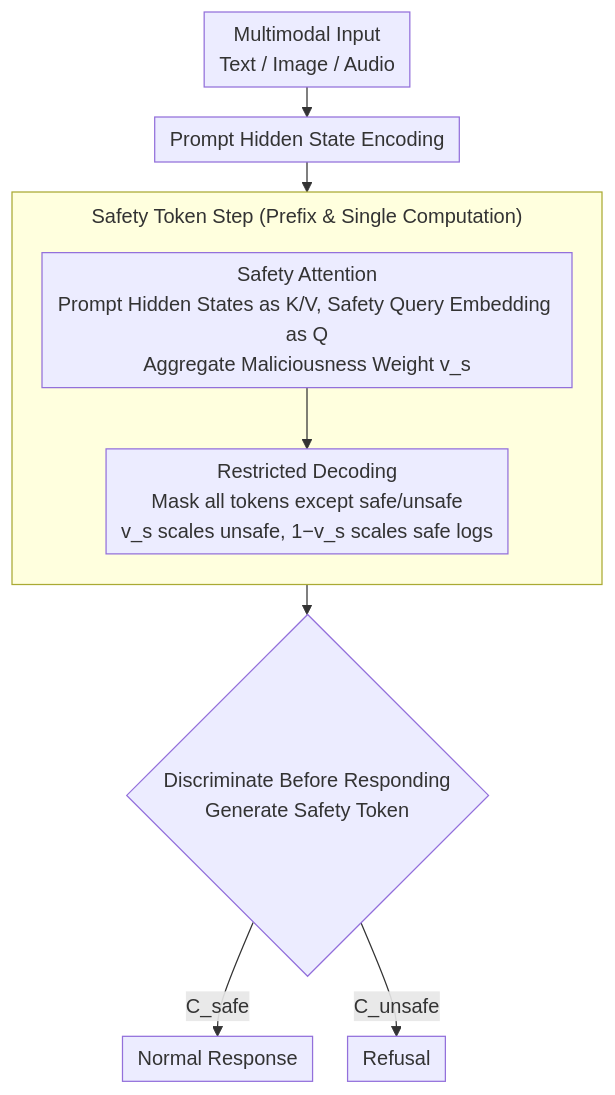
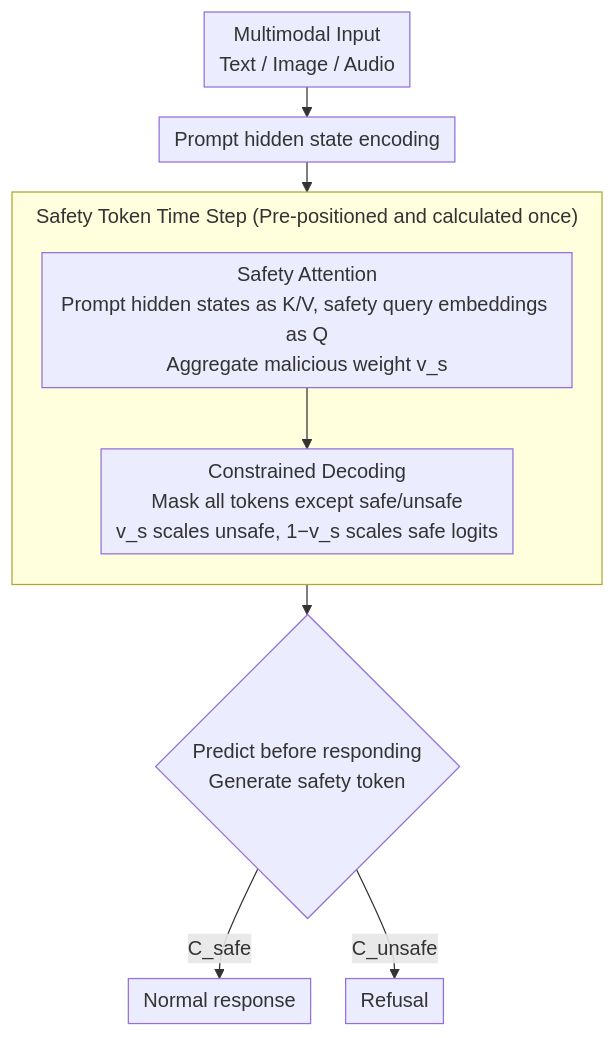
One commit to zhaoyang97/Paper-Notes-en changed the diagram in docs/ACL2026/llm_safety/robust_multimodal_safety_via_conditional_decoding.md. Above: the diagram before and after it, drawn with Mermaid. The commit also changed other lines of this file and 5084 other files, not shown here.

````diff
--- a/docs/ACL2026/llm_safety/robust_multimodal_safety_via_conditional_decoding.md
+++ b/docs/ACL2026/llm_safety/robust_multimodal_safety_via_conditional_decoding.md
@@ -48,13 +48,13 @@
 ```mermaid
 %%{init: {'flowchart': {'rankSpacing': 24, 'nodeSpacing': 28, 'padding': 6, 'wrappingWidth': 400, 'subGraphTitleMargin': {'top': 8, 'bottom': 16}}}}%%
 flowchart TD
-    A["Multimodal Input<br/>Text / Image / Audio"] --> B["Prompt Hidden State Encoding"]
+    A["Multimodal Input<br/>Text / Image / Audio"] --> B["Prompt hidden state encoding"]
     B --> C
-    subgraph SUB["Safety Token Step (Prefix & Single Computation)"]
+    subgraph SUB["Safety Token Time Step (Pre-positioned and calculated once)"]
         direction TB
-        C["Safety Attention<br/>Prompt Hidden States as K/V, Safety Query Embedding as Q<br/>Aggregate Maliciousness Weight v_s"] --> D["Restricted Decoding<br/>Mask all tokens except safe/unsafe<br/>v_s scales unsafe, 1−v_s scales safe logs"]
+        C["Safety Attention<br/>Prompt hidden states as K/V, safety query embeddings as Q<br/>Aggregate malicious weight v_s"] --> D["Constrained Decoding<br/>Mask all tokens except safe/unsafe<br/>v_s scales unsafe, 1−v_s scales safe logits"]
     end
-    D --> E{"Discriminate Before Responding<br/>Generate Safety Token"}
-    E -->|"C_safe"| F["Normal Response"]
+    D --> E{"Predict before responding<br/>Generate safety token"}
+    E -->|"C_safe"| F["Normal response"]
     E -->|"C_unsafe"| G["Refusal"]
 ```
````
